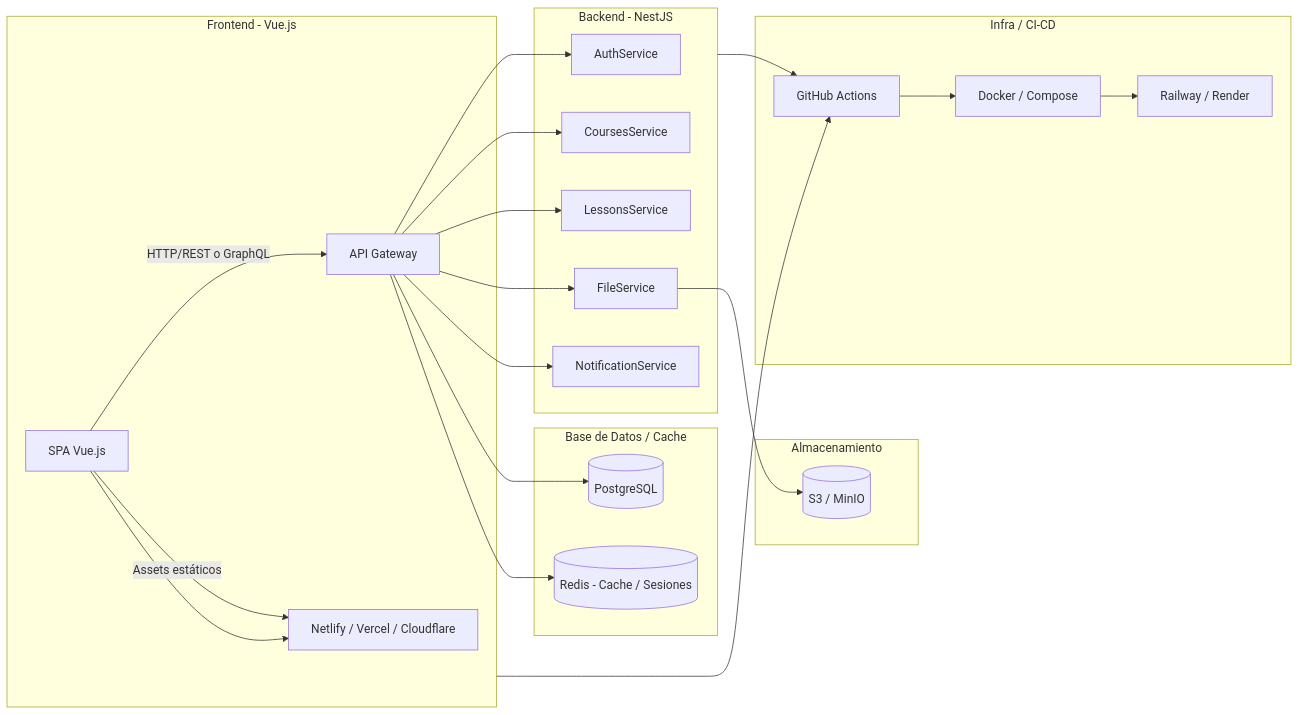
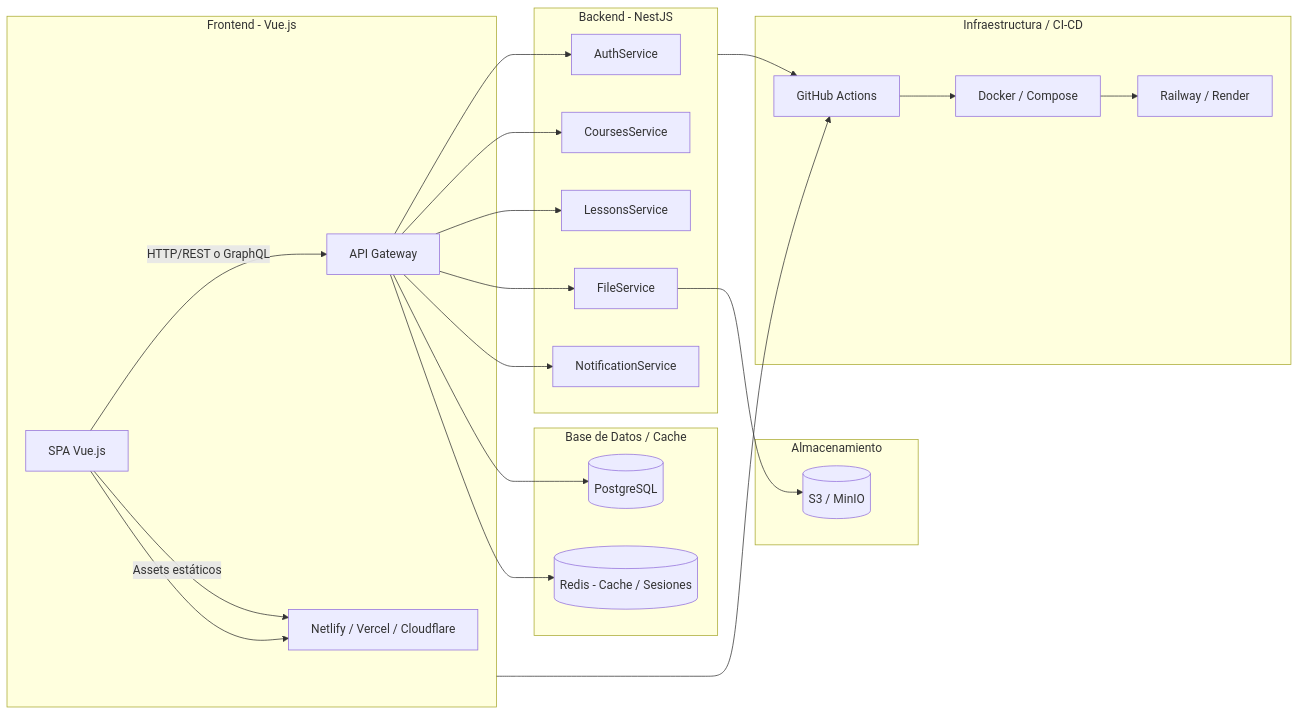
Before and after one commit to CristianCortes1/Sistema-de-aprendizaje-Linux: the diagram in README.md, drawn with Mermaid.

Commit message:
Revise Infra section translation in README
Updated Spanish translations in the README.

````diff
--- a/README.md
+++ b/README.md
@@ -8,41 +8,42 @@
 ```mermaid
 flowchart LR
   subgraph FE ["Frontend - Vue.js"]
     A[SPA Vue.js] -->|"HTTP/REST o GraphQL"| API
     A -->|"Assets estáticos"| CDN
   end
 
   subgraph BE ["Backend - NestJS"]
     API[API Gateway] --> AuthService
     API --> CoursesService
     API --> LessonsService
     API --> FileService
     API --> NotificationService
   end
 
   subgraph DB ["Base de Datos / Cache"]
     Postgres[(PostgreSQL)]
     Redis[(Redis - Cache / Sesiones)]
   end
 
   subgraph Storage ["Almacenamiento"]
     S3[(S3 / MinIO)]
   end
 
-  subgraph Infra ["Infra / CI-CD"]
+  subgraph Infra ["Infraestructura / CI-CD"]
     CI[GitHub Actions]
     Docker[Docker / Compose]
     Platform[Railway / Render]
     CDN[Netlify / Vercel / Cloudflare]
   end
 
   API --> Postgres
   API --> Redis
   FileService --> S3
   A --> CDN
   FE --> CI
   BE --> CI
   CI --> Docker
   Docker --> Platform
 
+
 ```
````
